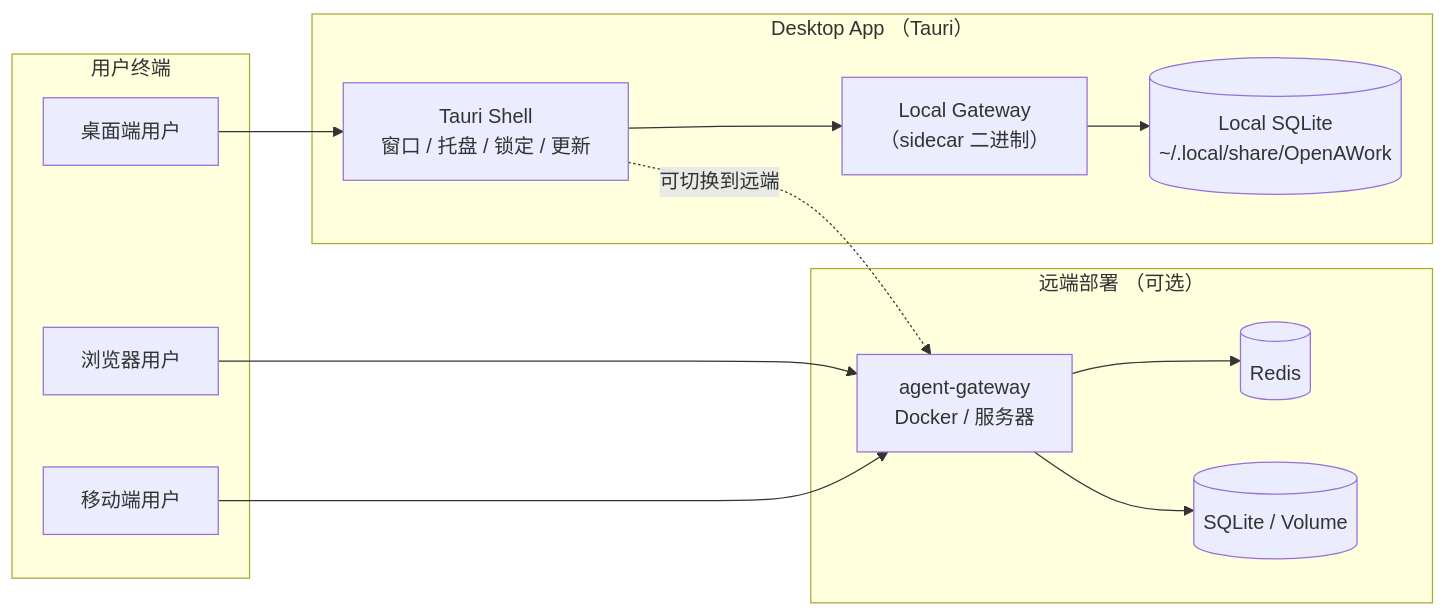
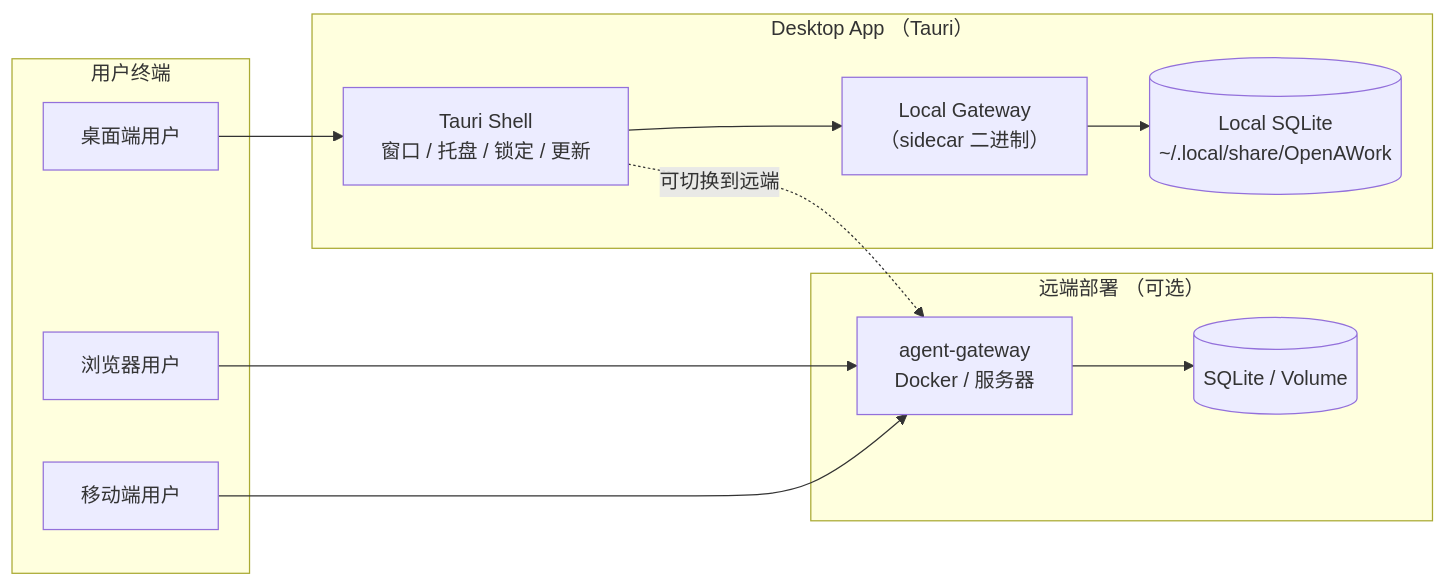
Before and after one commit to Await-d/OpenAWork: the second of 3 diagrams in README.md, drawn with Mermaid. The commit also changed other lines of this file and 20 other files, not shown here.

````diff
--- a/README.md
+++ b/README.md
@@ -139,31 +138,29 @@
 ```mermaid
 flowchart LR
     subgraph User["用户终端"]
         WebUser["浏览器用户"]
         DesktopUser["桌面端用户"]
         MobileUser["移动端用户"]
     end
 
     subgraph DesktopApp["Desktop App （Tauri）"]
         Shell["Tauri Shell<br/>窗口 / 托盘 / 锁定 / 更新"]
         Sidecar["Local Gateway<br/>（sidecar 二进制）"]
         LocalDB[("Local SQLite<br/>~/.local/share/OpenAWork")]
     end
 
     subgraph Server["远端部署 （可选）"]
         Remote["agent-gateway<br/>Docker / 服务器"]
-        RemoteRedis[("Redis")]
         RemoteSQLite[("SQLite / Volume")]
     end
 
     WebUser --> Remote
     MobileUser --> Remote
 
     DesktopUser --> Shell
     Shell --> Sidecar
     Shell -. 可切换到远端 .-> Remote
     Sidecar --> LocalDB
 
-    Remote --> RemoteRedis
     Remote --> RemoteSQLite
 ```
````
